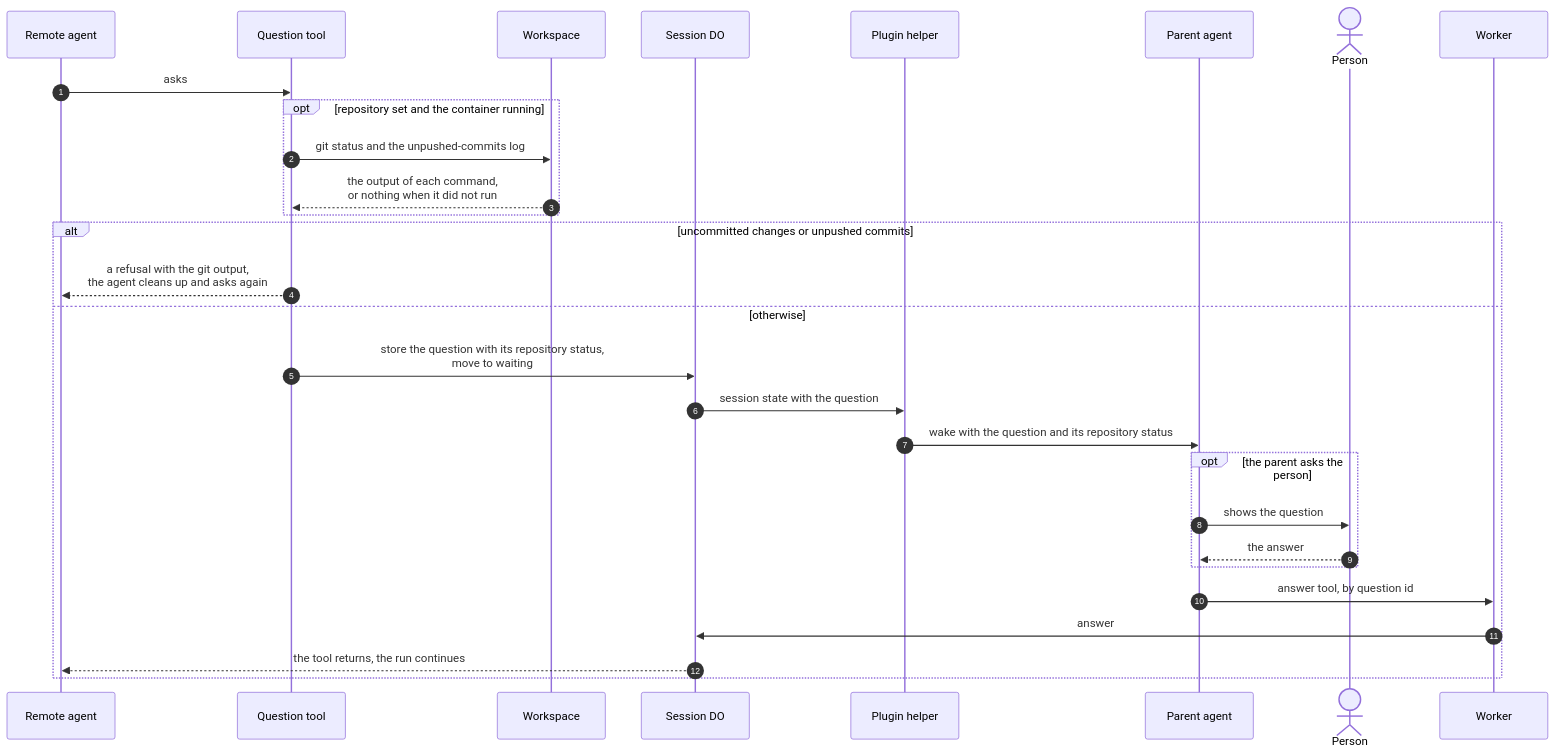
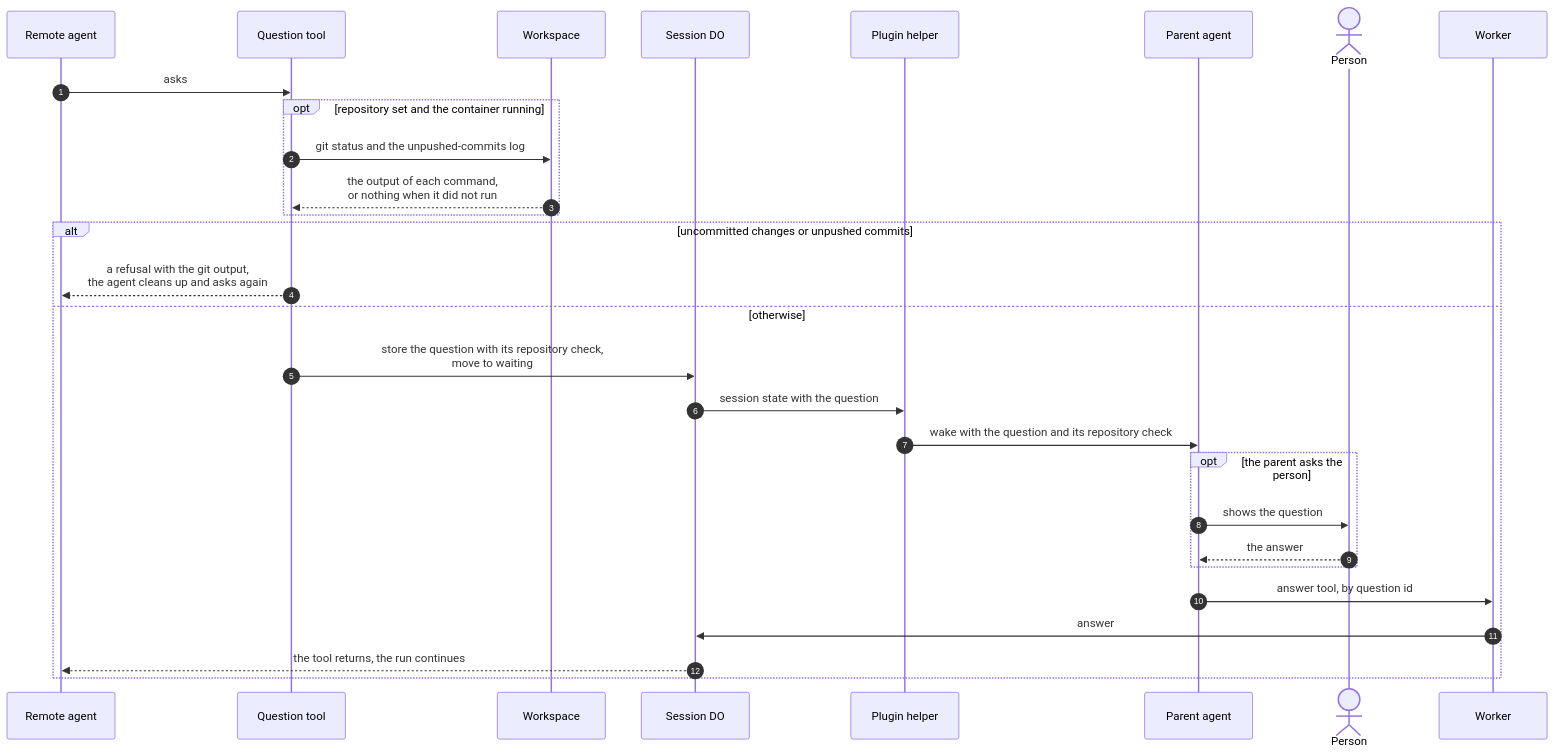
One commit to asermax/tentacles changed the first of 2 diagrams in docs/technical-design/question-round-trip.md. Above: the diagram before and after it, drawn with Mermaid. The commit also changed other lines of this file and 5 other files, not shown here.

Commit message:
docs: name the four repository check outcomes a question carries and the identity variables

````diff
--- a/docs/technical-design/question-round-trip.md
+++ b/docs/technical-design/question-round-trip.md
@@ -15,31 +15,31 @@
 ```mermaid
 sequenceDiagram
     autonumber
     participant A as Remote agent
     participant T as Question tool
     participant Ws as Workspace
     participant S as Session DO
     participant H as Plugin helper
     participant P as Parent agent
     actor Pe as Person
     participant W as Worker
     A->>T: asks
     opt repository set and the container running
         T->>Ws: git status and the unpushed-commits log
         Ws-->>T: the output of each command,<br/>or nothing when it did not run
     end
     alt uncommitted changes or unpushed commits
         T-->>A: a refusal with the git output,<br/>the agent cleans up and asks again
     else otherwise
-        T->>S: store the question with its repository status,<br/>move to waiting
+        T->>S: store the question with its repository check,<br/>move to waiting
         S->>H: session state with the question
-        H->>P: wake with the question and its repository status
+        H->>P: wake with the question and its repository check
         opt the parent asks the person
             P->>Pe: shows the question
             Pe-->>P: the answer
         end
         P->>W: answer tool, by question id
         W->>S: answer
         S-->>A: the tool returns, the run continues
     end
 ```
````
